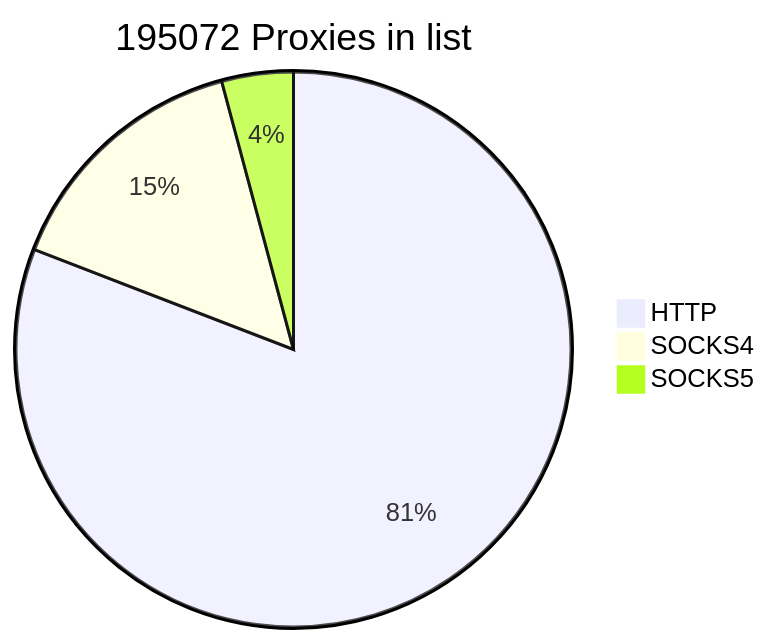
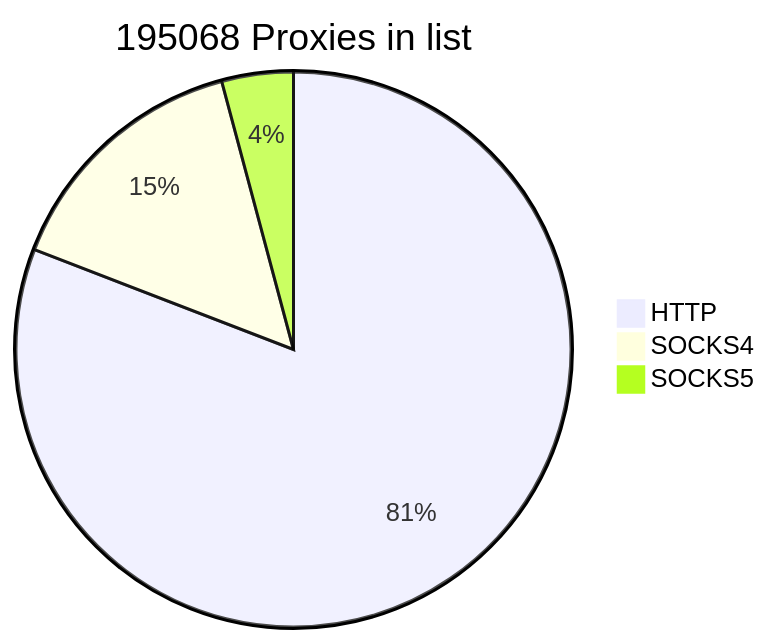
Before and after one commit to cutipu/proxylist: the first of 2 diagrams in README.md, drawn with Mermaid. The commit also changed other lines of this file, not shown here.

````diff
--- a/README.md
+++ b/README.md
@@ -2,7 +2,7 @@
 ```mermaid
-pie title 195072 Proxies in list
+pie title 195068 Proxies in list
     "HTTP" : 157730
-    "SOCKS4" : 29215
-    "SOCKS5" : 8127
+    "SOCKS4" : 29216
+    "SOCKS5" : 8122
             
 ```
````
